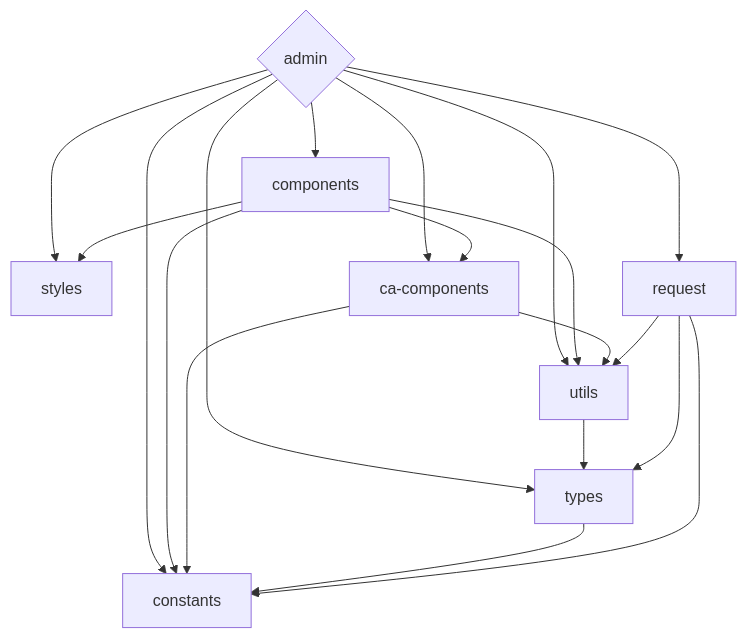
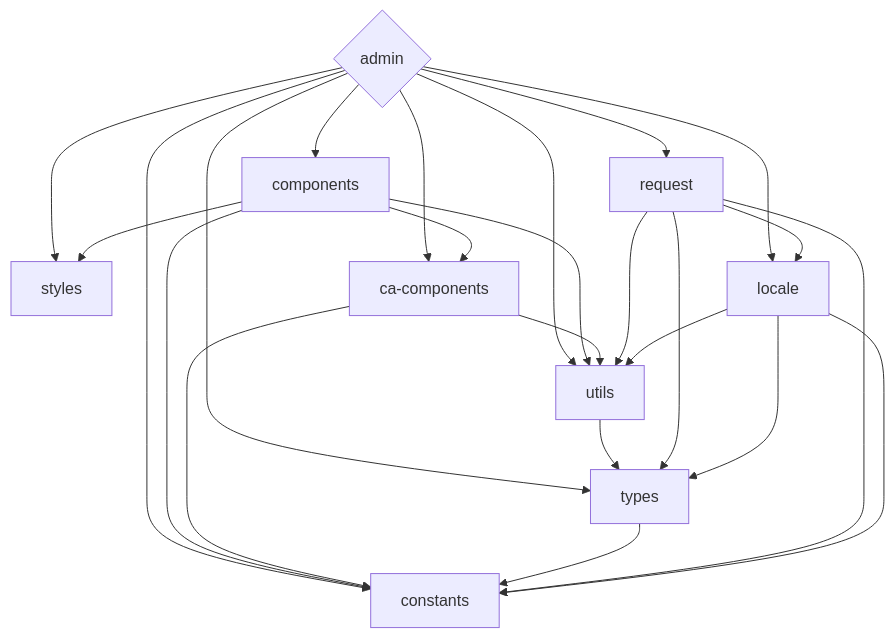
The diagram in README.md (kirklin/celeris-web), drawn with Mermaid before and after one commit. The commit also changed 4 other files, not shown here.

````diff
--- a/README.md
+++ b/README.md
@@ -47,23 +47,28 @@
 ```mermaid
  graph TD
    admin{admin}
    admin --> constants
    admin --> styles
    admin --> utils
    admin --> ca-components
    admin --> components
    admin --> types
    admin --> request
+   admin --> locale
    utils --> types
    components --> constants
    components --> utils
    components --> ca-components
    components --> styles
    ca-components --> constants
    ca-components --> utils
    types --> constants
    request --> constants
    request --> types
    request --> utils      
+   request --> locale      
+   locale --> constants      
+   locale --> types      
+   locale --> utils      
    
 ```
````
